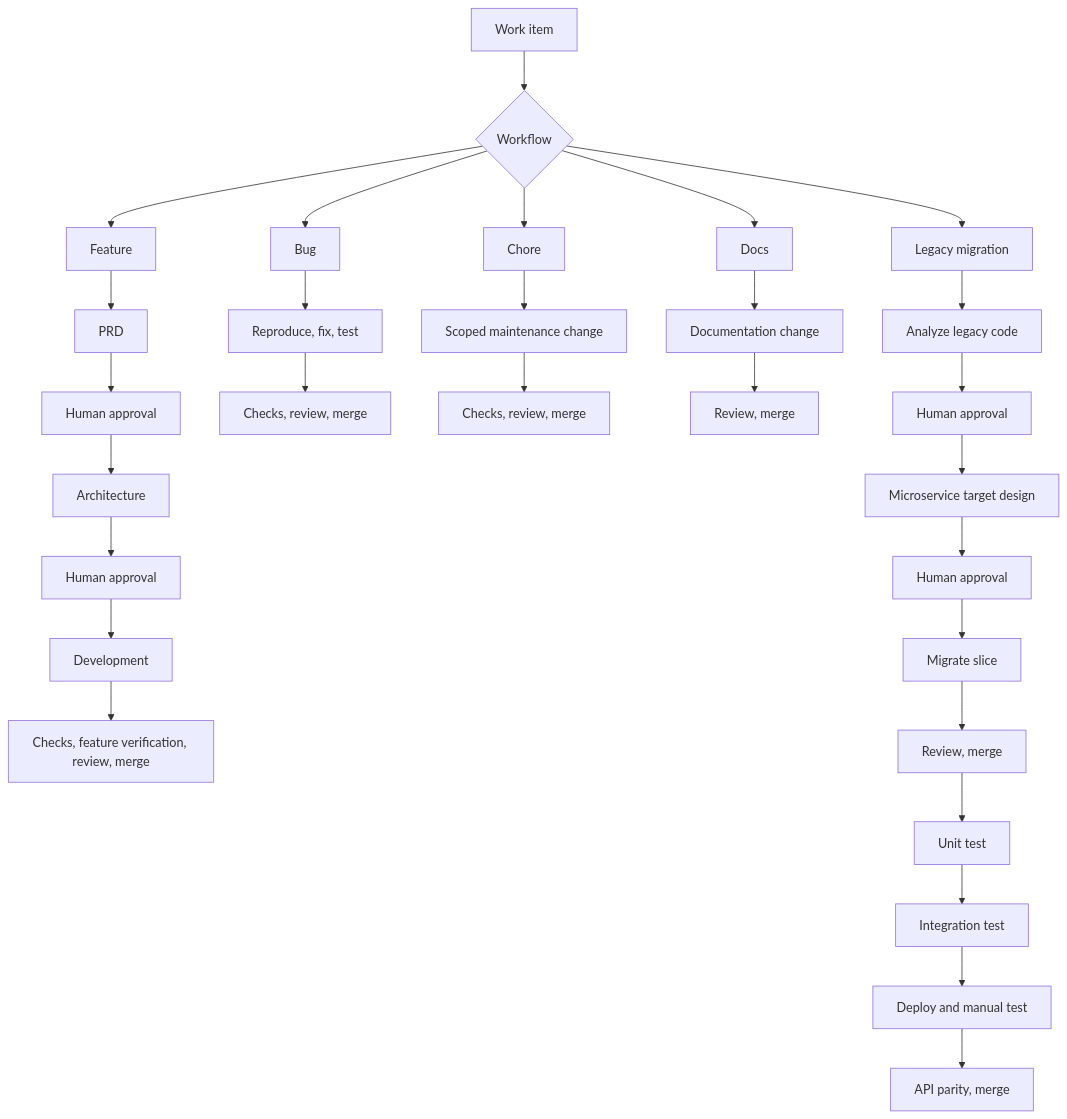
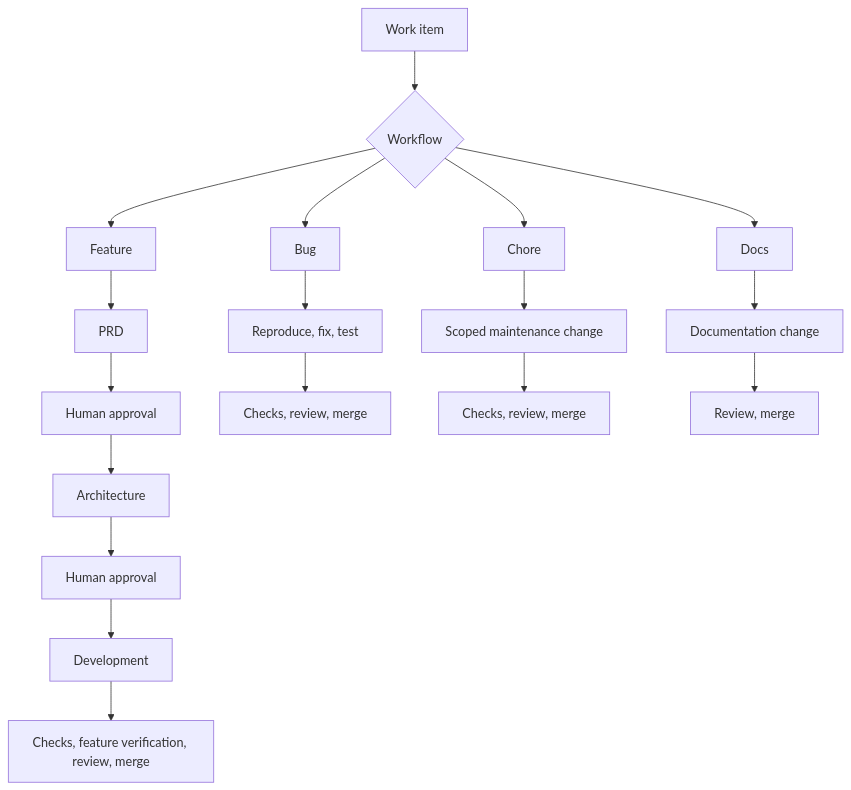
Before and after one commit to nkumar15/agentic-coding-harness: the first of 2 diagrams in README.md, drawn with Mermaid. The commit also changed other lines of this file and 118 other files, not shown here.

````diff
--- a/README.md
+++ b/README.md
@@ -73,36 +73,24 @@
 ```mermaid
 flowchart TD
   start[Work item] --> classify{Workflow}
 
   classify --> feature[Feature]
   feature --> prd[PRD]
   prd --> prdApproval[Human approval]
   prdApproval --> architecture[Architecture]
   architecture --> architectureApproval[Human approval]
   architectureApproval --> development[Development]
   development --> featureGates[Checks, feature verification, review, merge]
 
   classify --> bug[Bug]
   bug --> bugFix[Reproduce, fix, test]
   bugFix --> bugGates[Checks, review, merge]
 
   classify --> chore[Chore]
   chore --> choreWork[Scoped maintenance change]
   choreWork --> choreGates[Checks, review, merge]
 
   classify --> docs[Docs]
   docs --> docsWork[Documentation change]
   docsWork --> docsGates[Review, merge]
-
-  classify --> migration[Legacy migration]
-  migration --> analyze[Analyze legacy code]
-  analyze --> analyzeApproval[Human approval]
-  analyzeApproval --> design[Microservice target design]
-  design --> designApproval[Human approval]
-  designApproval --> migrate[Migrate slice]
-  migrate --> migrateGates[Review, merge]
-  migrateGates --> unitTest[Unit test]
-  unitTest --> integrationTest[Integration test]
-  integrationTest --> deployTest[Deploy and manual test]
-  deployTest --> migrationGates[API parity, merge]
 ```
````
